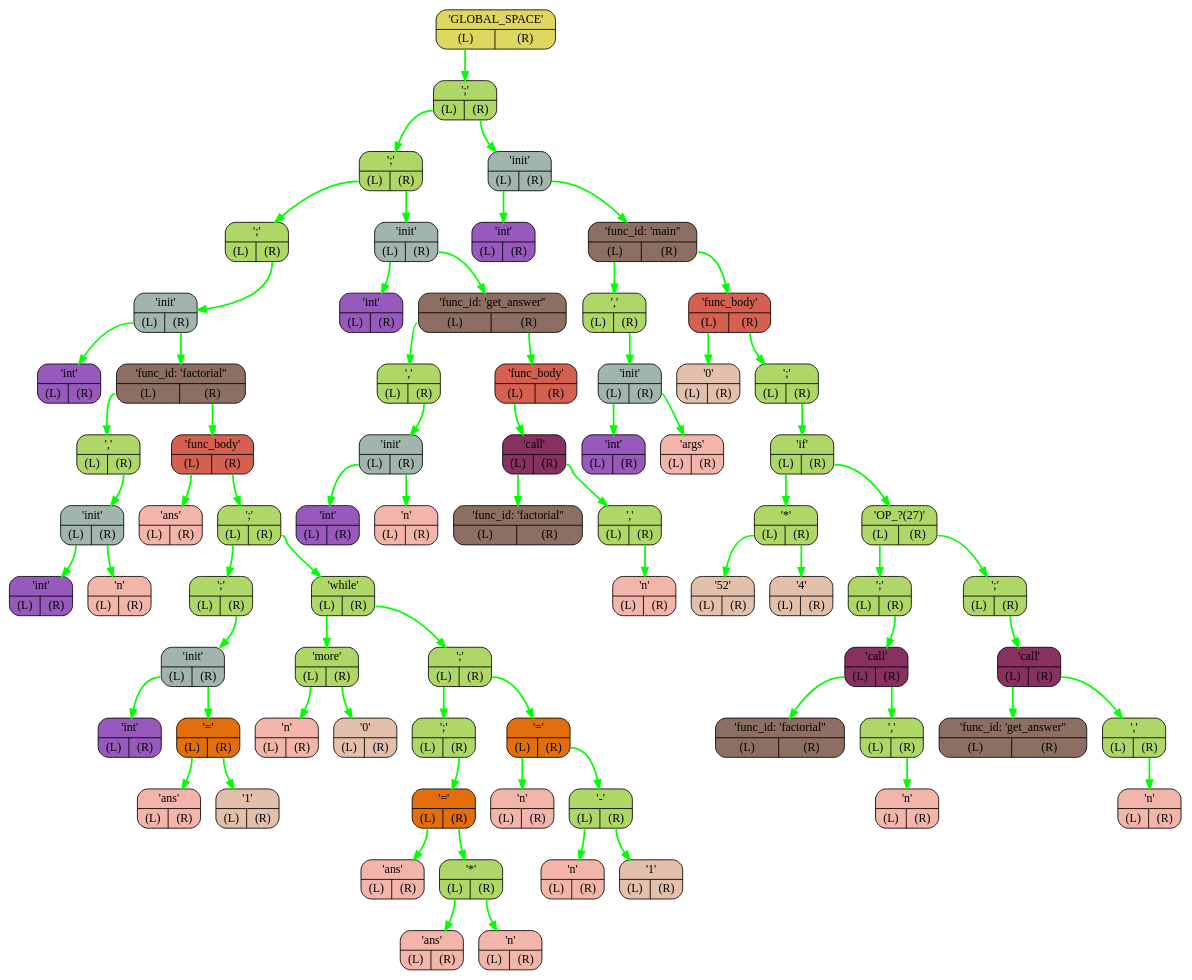
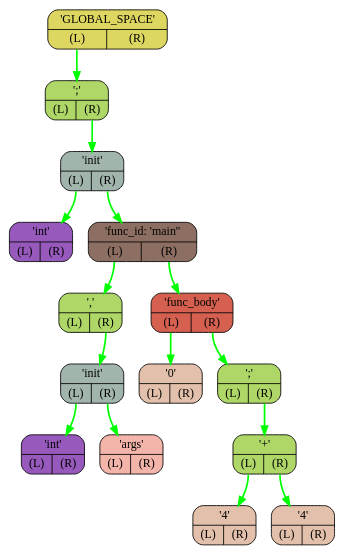
The diagram in BackEnd/logs/graph.dot (I1Va/OptimaLang), drawn with Graphviz before and after one commit. The commit also changed 35 other files, not shown here.

```diff
--- a/BackEnd/logs/graph.dot
+++ b/BackEnd/logs/graph.dot
@@ -1,148 +1,32 @@
 digraph G{
     rankdir=TB;
-    NODE0x7ffcf25b97b8[shape="Mrecord",color="black",fillcolor="#ddd660",style="filled",label="{'GLOBAL_SPACE' | {<L> (L) | <R> (R)}}"]
-    NODE0x7ffcf25b97e0[shape="Mrecord",color="black",fillcolor="#aed768",style="filled",label="{';' | {<L> (L) | <R> (R)}}"]
-    NODE0x7ffcf25b9808[shape="Mrecord",color="black",fillcolor="#aed768",style="filled",label="{';' | {<L> (L) | <R> (R)}}"]
-    NODE0x7ffcf25b9830[shape="Mrecord",color="black",fillcolor="#aed768",style="filled",label="{';' | {<L> (L) | <R> (R)}}"]
-    NODE0x7ffcf25b9858[shape="Mrecord",color="black",fillcolor="#a1b5ac",style="filled",label="{'init' | {<L> (L) | <R> (R)}}"]
-    NODE0x7ffcf25b9880[shape="Mrecord",color="black",fillcolor="#975abc",style="filled",label="{'int' | {<L> (L) | <R> (R)}}"]
-    NODE0x7ffcf25b98a8[shape="Mrecord",color="black",fillcolor="#8d6e63",style="filled",label="{'func_id: 'factorial'' | {<L> (L) | <R> (R)}}"]
-    NODE0x7ffcf25b98d0[shape="Mrecord",color="black",fillcolor="#aed768",style="filled",label="{',' | {<L> (L) | <R> (R)}}"]
-    NODE0x7ffcf25b98f8[shape="Mrecord",color="black",fillcolor="#a1b5ac",style="filled",label="{'init' | {<L> (L) | <R> (R)}}"]
-    NODE0x7ffcf25b9920[shape="Mrecord",color="black",fillcolor="#975abc",style="filled",label="{'int' | {<L> (L) | <R> (R)}}"]
-    NODE0x7ffcf25b9948[shape="Mrecord",color="black",fillcolor="#f3b4aa",style="filled",label="{'n' | {<L> (L) | <R> (R)}}"]
-    NODE0x7ffcf25b9970[shape="Mrecord",color="black",fillcolor="#d56050",style="filled",label="{'func_body' | {<L> (L) | <R> (R)}}"]
-    NODE0x7ffcf25b9998[shape="Mrecord",color="black",fillcolor="#f3b4aa",style="filled",label="{'ans' | {<L> (L) | <R> (R)}}"]
-    NODE0x7ffcf25b99c0[shape="Mrecord",color="black",fillcolor="#aed768",style="filled",label="{';' | {<L> (L) | <R> (R)}}"]
-    NODE0x7ffcf25b99e8[shape="Mrecord",color="black",fillcolor="#aed768",style="filled",label="{';' | {<L> (L) | <R> (R)}}"]
-    NODE0x7ffcf25b9a10[shape="Mrecord",color="black",fillcolor="#a1b5ac",style="filled",label="{'init' | {<L> (L) | <R> (R)}}"]
-    NODE0x7ffcf25b9a38[shape="Mrecord",color="black",fillcolor="#975abc",style="filled",label="{'int' | {<L> (L) | <R> (R)}}"]
-    NODE0x7ffcf25b9a60[shape="Mrecord",color="black",fillcolor="#e26e0e",style="filled",label="{'=' | {<L> (L) | <R> (R)}}"]
-    NODE0x7ffcf25b9a88[shape="Mrecord",color="black",fillcolor="#f3b4aa",style="filled",label="{'ans' | {<L> (L) | <R> (R)}}"]
-    NODE0x7ffcf25b9ab0[shape="Mrecord",color="black",fillcolor="#e3c0ab",style="filled",label="{'1' | {<L> (L) | <R> (R)}}"]
-    NODE0x7ffcf25b9ad8[shape="Mrecord",color="black",fillcolor="#aed768",style="filled",label="{'while' | {<L> (L) | <R> (R)}}"]
-    NODE0x7ffcf25b9b00[shape="Mrecord",color="black",fillcolor="#aed768",style="filled",label="{'more' | {<L> (L) | <R> (R)}}"]
-    NODE0x7ffcf25b9b28[shape="Mrecord",color="black",fillcolor="#f3b4aa",style="filled",label="{'n' | {<L> (L) | <R> (R)}}"]
-    NODE0x7ffcf25b9b50[shape="Mrecord",color="black",fillcolor="#e3c0ab",style="filled",label="{'0' | {<L> (L) | <R> (R)}}"]
-    NODE0x7ffcf25b9b78[shape="Mrecord",color="black",fillcolor="#aed768",style="filled",label="{';' | {<L> (L) | <R> (R)}}"]
-    NODE0x7ffcf25b9ba0[shape="Mrecord",color="black",fillcolor="#aed768",style="filled",label="{';' | {<L> (L) | <R> (R)}}"]
-    NODE0x7ffcf25b9bc8[shape="Mrecord",color="black",fillcolor="#e26e0e",style="filled",label="{'=' | {<L> (L) | <R> (R)}}"]
-    NODE0x7ffcf25b9bf0[shape="Mrecord",color="black",fillcolor="#f3b4aa",style="filled",label="{'ans' | {<L> (L) | <R> (R)}}"]
-    NODE0x7ffcf25b9c18[shape="Mrecord",color="black",fillcolor="#aed768",style="filled",label="{'*' | {<L> (L) | <R> (R)}}"]
-    NODE0x7ffcf25b9c40[shape="Mrecord",color="black",fillcolor="#f3b4aa",style="filled",label="{'ans' | {<L> (L) | <R> (R)}}"]
-    NODE0x7ffcf25b9c68[shape="Mrecord",color="black",fillcolor="#f3b4aa",style="filled",label="{'n' | {<L> (L) | <R> (R)}}"]
-    NODE0x7ffcf25b9c90[shape="Mrecord",color="black",fillcolor="#e26e0e",style="filled",label="{'=' | {<L> (L) | <R> (R)}}"]
-    NODE0x7ffcf25b9cb8[shape="Mrecord",color="black",fillcolor="#f3b4aa",style="filled",label="{'n' | {<L> (L) | <R> (R)}}"]
-    NODE0x7ffcf25b9ce0[shape="Mrecord",color="black",fillcolor="#aed768",style="filled",label="{'-' | {<L> (L) | <R> (R)}}"]
-    NODE0x7ffcf25b9d08[shape="Mrecord",color="black",fillcolor="#f3b4aa",style="filled",label="{'n' | {<L> (L) | <R> (R)}}"]
-    NODE0x7ffcf25b9d30[shape="Mrecord",color="black",fillcolor="#e3c0ab",style="filled",label="{'1' | {<L> (L) | <R> (R)}}"]
-    NODE0x7ffcf25b9d58[shape="Mrecord",color="black",fillcolor="#a1b5ac",style="filled",label="{'init' | {<L> (L) | <R> (R)}}"]
-    NODE0x7ffcf25b9d80[shape="Mrecord",color="black",fillcolor="#975abc",style="filled",label="{'int' | {<L> (L) | <R> (R)}}"]
-    NODE0x7ffcf25b9da8[shape="Mrecord",color="black",fillcolor="#8d6e63",style="filled",label="{'func_id: 'get_answer'' | {<L> (L) | <R> (R)}}"]
-    NODE0x7ffcf25b9dd0[shape="Mrecord",color="black",fillcolor="#aed768",style="filled",label="{',' | {<L> (L) | <R> (R)}}"]
-    NODE0x7ffcf25b9df8[shape="Mrecord",color="black",fillcolor="#a1b5ac",style="filled",label="{'init' | {<L> (L) | <R> (R)}}"]
-    NODE0x7ffcf25b9e20[shape="Mrecord",color="black",fillcolor="#975abc",style="filled",label="{'int' | {<L> (L) | <R> (R)}}"]
-    NODE0x7ffcf25b9e48[shape="Mrecord",color="black",fillcolor="#f3b4aa",style="filled",label="{'n' | {<L> (L) | <R> (R)}}"]
-    NODE0x7ffcf25b9e70[shape="Mrecord",color="black",fillcolor="#d56050",style="filled",label="{'func_body' | {<L> (L) | <R> (R)}}"]
-    NODE0x7ffcf25b9e98[shape="Mrecord",color="black",fillcolor="#883060",style="filled",label="{'call' | {<L> (L) | <R> (R)}}"]
-    NODE0x7ffcf25b9ec0[shape="Mrecord",color="black",fillcolor="#8d6e63",style="filled",label="{'func_id: 'factorial'' | {<L> (L) | <R> (R)}}"]
-    NODE0x7ffcf25b9ee8[shape="Mrecord",color="black",fillcolor="#aed768",style="filled",label="{',' | {<L> (L) | <R> (R)}}"]
-    NODE0x7ffcf25b9f10[shape="Mrecord",color="black",fillcolor="#f3b4aa",style="filled",label="{'n' | {<L> (L) | <R> (R)}}"]
-    NODE0x7ffcf25b9f38[shape="Mrecord",color="black",fillcolor="#a1b5ac",style="filled",label="{'init' | {<L> (L) | <R> (R)}}"]
-    NODE0x7ffcf25b9f60[shape="Mrecord",color="black",fillcolor="#975abc",style="filled",label="{'int' | {<L> (L) | <R> (R)}}"]
-    NODE0x7ffcf25b9f88[shape="Mrecord",color="black",fillcolor="#8d6e63",style="filled",label="{'func_id: 'main'' | {<L> (L) | <R> (R)}}"]
-    NODE0x7ffcf25b9fb0[shape="Mrecord",color="black",fillcolor="#aed768",style="filled",label="{',' | {<L> (L) | <R> (R)}}"]
-    NODE0x7ffcf25b9fd8[shape="Mrecord",color="black",fillcolor="#a1b5ac",style="filled",label="{'init' | {<L> (L) | <R> (R)}}"]
-    NODE0x7ffcf25ba000[shape="Mrecord",color="black",fillcolor="#975abc",style="filled",label="{'int' | {<L> (L) | <R> (R)}}"]
-    NODE0x7ffcf25ba028[shape="Mrecord",color="black",fillcolor="#f3b4aa",style="filled",label="{'args' | {<L> (L) | <R> (R)}}"]
-    NODE0x7ffcf25ba050[shape="Mrecord",color="black",fillcolor="#d56050",style="filled",label="{'func_body' | {<L> (L) | <R> (R)}}"]
-    NODE0x7ffcf25ba078[shape="Mrecord",color="black",fillcolor="#e3c0ab",style="filled",label="{'0' | {<L> (L) | <R> (R)}}"]
-    NODE0x7ffcf25ba0a0[shape="Mrecord",color="black",fillcolor="#aed768",style="filled",label="{';' | {<L> (L) | <R> (R)}}"]
-    NODE0x7ffcf25ba0c8[shape="Mrecord",color="black",fillcolor="#aed768",style="filled",label="{'if' | {<L> (L) | <R> (R)}}"]
-    NODE0x7ffcf25ba0f0[shape="Mrecord",color="black",fillcolor="#aed768",style="filled",label="{'*' | {<L> (L) | <R> (R)}}"]
-    NODE0x7ffcf25ba118[shape="Mrecord",color="black",fillcolor="#e3c0ab",style="filled",label="{'52' | {<L> (L) | <R> (R)}}"]
-    NODE0x7ffcf25ba140[shape="Mrecord",color="black",fillcolor="#e3c0ab",style="filled",label="{'4' | {<L> (L) | <R> (R)}}"]
-    NODE0x7ffcf25ba168[shape="Mrecord",color="black",fillcolor="#aed768",style="filled",label="{'OP_?(27)' | {<L> (L) | <R> (R)}}"]
-    NODE0x7ffcf25ba190[shape="Mrecord",color="black",fillcolor="#aed768",style="filled",label="{';' | {<L> (L) | <R> (R)}}"]
-    NODE0x7ffcf25ba1b8[shape="Mrecord",color="black",fillcolor="#883060",style="filled",label="{'call' | {<L> (L) | <R> (R)}}"]
-    NODE0x7ffcf25ba1e0[shape="Mrecord",color="black",fillcolor="#8d6e63",style="filled",label="{'func_id: 'factorial'' | {<L> (L) | <R> (R)}}"]
-    NODE0x7ffcf25ba208[shape="Mrecord",color="black",fillcolor="#aed768",style="filled",label="{',' | {<L> (L) | <R> (R)}}"]
-    NODE0x7ffcf25ba230[shape="Mrecord",color="black",fillcolor="#f3b4aa",style="filled",label="{'n' | {<L> (L) | <R> (R)}}"]
-    NODE0x7ffcf25ba258[shape="Mrecord",color="black",fillcolor="#aed768",style="filled",label="{';' | {<L> (L) | <R> (R)}}"]
-    NODE0x7ffcf25ba280[shape="Mrecord",color="black",fillcolor="#883060",style="filled",label="{'call' | {<L> (L) | <R> (R)}}"]
-    NODE0x7ffcf25ba2a8[shape="Mrecord",color="black",fillcolor="#8d6e63",style="filled",label="{'func_id: 'get_answer'' | {<L> (L) | <R> (R)}}"]
-    NODE0x7ffcf25ba2d0[shape="Mrecord",color="black",fillcolor="#aed768",style="filled",label="{',' | {<L> (L) | <R> (R)}}"]
-    NODE0x7ffcf25ba2f8[shape="Mrecord",color="black",fillcolor="#f3b4aa",style="filled",label="{'n' | {<L> (L) | <R> (R)}}"]
-    NODE0x7ffcf25b98f8:L-> NODE0x7ffcf25b9920 [color="#00FF00",penwidth=2,label=""]
-    NODE0x7ffcf25b98f8:R-> NODE0x7ffcf25b9948 [color="#00FF00",penwidth=2,label=""]
-    NODE0x7ffcf25b98d0:R-> NODE0x7ffcf25b98f8 [color="#00FF00",penwidth=2,label=""]
-    NODE0x7ffcf25b9a60:L-> NODE0x7ffcf25b9a88 [color="#00FF00",penwidth=2,label=""]
-    NODE0x7ffcf25b9a60:R-> NODE0x7ffcf25b9ab0 [color="#00FF00",penwidth=2,label=""]
-    NODE0x7ffcf25b9a10:L-> NODE0x7ffcf25b9a38 [color="#00FF00",penwidth=2,label=""]
-    NODE0x7ffcf25b9a10:R-> NODE0x7ffcf25b9a60 [color="#00FF00",penwidth=2,label=""]
-    NODE0x7ffcf25b99e8:R-> NODE0x7ffcf25b9a10 [color="#00FF00",penwidth=2,label=""]
-    NODE0x7ffcf25b9b00:L-> NODE0x7ffcf25b9b28 [color="#00FF00",penwidth=2,label=""]
-    NODE0x7ffcf25b9b00:R-> NODE0x7ffcf25b9b50 [color="#00FF00",penwidth=2,label=""]
-    NODE0x7ffcf25b9c18:L-> NODE0x7ffcf25b9c40 [color="#00FF00",penwidth=2,label=""]
-    NODE0x7ffcf25b9c18:R-> NODE0x7ffcf25b9c68 [color="#00FF00",penwidth=2,label=""]
-    NODE0x7ffcf25b9bc8:L-> NODE0x7ffcf25b9bf0 [color="#00FF00",penwidth=2,label=""]
-    NODE0x7ffcf25b9bc8:R-> NODE0x7ffcf25b9c18 [color="#00FF00",penwidth=2,label=""]
-    NODE0x7ffcf25b9ba0:R-> NODE0x7ffcf25b9bc8 [color="#00FF00",penwidth=2,label=""]
-    NODE0x7ffcf25b9ce0:L-> NODE0x7ffcf25b9d08 [color="#00FF00",penwidth=2,label=""]
-    NODE0x7ffcf25b9ce0:R-> NODE0x7ffcf25b9d30 [color="#00FF00",penwidth=2,label=""]
-    NODE0x7ffcf25b9c90:L-> NODE0x7ffcf25b9cb8 [color="#00FF00",penwidth=2,label=""]
-    NODE0x7ffcf25b9c90:R-> NODE0x7ffcf25b9ce0 [color="#00FF00",penwidth=2,label=""]
-    NODE0x7ffcf25b9b78:L-> NODE0x7ffcf25b9ba0 [color="#00FF00",penwidth=2,label=""]
-    NODE0x7ffcf25b9b78:R-> NODE0x7ffcf25b9c90 [color="#00FF00",penwidth=2,label=""]
-    NODE0x7ffcf25b9ad8:L-> NODE0x7ffcf25b9b00 [color="#00FF00",penwidth=2,label=""]
-    NODE0x7ffcf25b9ad8:R-> NODE0x7ffcf25b9b78 [color="#00FF00",penwidth=2,label=""]
-    NODE0x7ffcf25b99c0:L-> NODE0x7ffcf25b99e8 [color="#00FF00",penwidth=2,label=""]
-    NODE0x7ffcf25b99c0:R-> NODE0x7ffcf25b9ad8 [color="#00FF00",penwidth=2,label=""]
-    NODE0x7ffcf25b9970:L-> NODE0x7ffcf25b9998 [color="#00FF00",penwidth=2,label=""]
-    NODE0x7ffcf25b9970:R-> NODE0x7ffcf25b99c0 [color="#00FF00",penwidth=2,label=""]
-    NODE0x7ffcf25b98a8:L-> NODE0x7ffcf25b98d0 [color="#00FF00",penwidth=2,label=""]
-    NODE0x7ffcf25b98a8:R-> NODE0x7ffcf25b9970 [color="#00FF00",penwidth=2,label=""]
-    NODE0x7ffcf25b9858:L-> NODE0x7ffcf25b9880 [color="#00FF00",penwidth=2,label=""]
-    NODE0x7ffcf25b9858:R-> NODE0x7ffcf25b98a8 [color="#00FF00",penwidth=2,label=""]
-    NODE0x7ffcf25b9830:R-> NODE0x7ffcf25b9858 [color="#00FF00",penwidth=2,label=""]
-    NODE0x7ffcf25b9df8:L-> NODE0x7ffcf25b9e20 [color="#00FF00",penwidth=2,label=""]
-    NODE0x7ffcf25b9df8:R-> NODE0x7ffcf25b9e48 [color="#00FF00",penwidth=2,label=""]
-    NODE0x7ffcf25b9dd0:R-> NODE0x7ffcf25b9df8 [color="#00FF00",penwidth=2,label=""]
-    NODE0x7ffcf25b9ee8:R-> NODE0x7ffcf25b9f10 [color="#00FF00",penwidth=2,label=""]
-    NODE0x7ffcf25b9e98:L-> NODE0x7ffcf25b9ec0 [color="#00FF00",penwidth=2,label=""]
-    NODE0x7ffcf25b9e98:R-> NODE0x7ffcf25b9ee8 [color="#00FF00",penwidth=2,label=""]
-    NODE0x7ffcf25b9e70:L-> NODE0x7ffcf25b9e98 [color="#00FF00",penwidth=2,label=""]
-    NODE0x7ffcf25b9da8:L-> NODE0x7ffcf25b9dd0 [color="#00FF00",penwidth=2,label=""]
-    NODE0x7ffcf25b9da8:R-> NODE0x7ffcf25b9e70 [color="#00FF00",penwidth=2,label=""]
-    NODE0x7ffcf25b9d58:L-> NODE0x7ffcf25b9d80 [color="#00FF00",penwidth=2,label=""]
-    NODE0x7ffcf25b9d58:R-> NODE0x7ffcf25b9da8 [color="#00FF00",penwidth=2,label=""]
-    NODE0x7ffcf25b9808:L-> NODE0x7ffcf25b9830 [color="#00FF00",penwidth=2,label=""]
-    NODE0x7ffcf25b9808:R-> NODE0x7ffcf25b9d58 [color="#00FF00",penwidth=2,label=""]
-    NODE0x7ffcf25b9fd8:L-> NODE0x7ffcf25ba000 [color="#00FF00",penwidth=2,label=""]
-    NODE0x7ffcf25b9fd8:R-> NODE0x7ffcf25ba028 [color="#00FF00",penwidth=2,label=""]
-    NODE0x7ffcf25b9fb0:R-> NODE0x7ffcf25b9fd8 [color="#00FF00",penwidth=2,label=""]
-    NODE0x7ffcf25ba0f0:L-> NODE0x7ffcf25ba118 [color="#00FF00",penwidth=2,label=""]
-    NODE0x7ffcf25ba0f0:R-> NODE0x7ffcf25ba140 [color="#00FF00",penwidth=2,label=""]
-    NODE0x7ffcf25ba208:R-> NODE0x7ffcf25ba230 [color="#00FF00",penwidth=2,label=""]
-    NODE0x7ffcf25ba1b8:L-> NODE0x7ffcf25ba1e0 [color="#00FF00",penwidth=2,label=""]
-    NODE0x7ffcf25ba1b8:R-> NODE0x7ffcf25ba208 [color="#00FF00",penwidth=2,label=""]
-    NODE0x7ffcf25ba190:R-> NODE0x7ffcf25ba1b8 [color="#00FF00",penwidth=2,label=""]
-    NODE0x7ffcf25ba2d0:R-> NODE0x7ffcf25ba2f8 [color="#00FF00",penwidth=2,label=""]
-    NODE0x7ffcf25ba280:L-> NODE0x7ffcf25ba2a8 [color="#00FF00",penwidth=2,label=""]
-    NODE0x7ffcf25ba280:R-> NODE0x7ffcf25ba2d0 [color="#00FF00",penwidth=2,label=""]
-    NODE0x7ffcf25ba258:R-> NODE0x7ffcf25ba280 [color="#00FF00",penwidth=2,label=""]
-    NODE0x7ffcf25ba168:L-> NODE0x7ffcf25ba190 [color="#00FF00",penwidth=2,label=""]
-    NODE0x7ffcf25ba168:R-> NODE0x7ffcf25ba258 [color="#00FF00",penwidth=2,label=""]
-    NODE0x7ffcf25ba0c8:L-> NODE0x7ffcf25ba0f0 [color="#00FF00",penwidth=2,label=""]
-    NODE0x7ffcf25ba0c8:R-> NODE0x7ffcf25ba168 [color="#00FF00",penwidth=2,label=""]
-    NODE0x7ffcf25ba0a0:R-> NODE0x7ffcf25ba0c8 [color="#00FF00",penwidth=2,label=""]
-    NODE0x7ffcf25ba050:L-> NODE0x7ffcf25ba078 [color="#00FF00",penwidth=2,label=""]
-    NODE0x7ffcf25ba050:R-> NODE0x7ffcf25ba0a0 [color="#00FF00",penwidth=2,label=""]
-    NODE0x7ffcf25b9f88:L-> NODE0x7ffcf25b9fb0 [color="#00FF00",penwidth=2,label=""]
-    NODE0x7ffcf25b9f88:R-> NODE0x7ffcf25ba050 [color="#00FF00",penwidth=2,label=""]
-    NODE0x7ffcf25b9f38:L-> NODE0x7ffcf25b9f60 [color="#00FF00",penwidth=2,label=""]
-    NODE0x7ffcf25b9f38:R-> NODE0x7ffcf25b9f88 [color="#00FF00",penwidth=2,label=""]
-    NODE0x7ffcf25b97e0:L-> NODE0x7ffcf25b9808 [color="#00FF00",penwidth=2,label=""]
-    NODE0x7ffcf25b97e0:R-> NODE0x7ffcf25b9f38 [color="#00FF00",penwidth=2,label=""]
-    NODE0x7ffcf25b97b8:L-> NODE0x7ffcf25b97e0 [color="#00FF00",penwidth=2,label=""]
+    NODE0x7ffcf76eda98[shape="Mrecord",color="black",fillcolor="#ddd660",style="filled",label="{'GLOBAL_SPACE' | {<L> (L) | <R> (R)}}"]
+    NODE0x7ffcf76edac0[shape="Mrecord",color="black",fillcolor="#aed768",style="filled",label="{';' | {<L> (L) | <R> (R)}}"]
+    NODE0x7ffcf76edae8[shape="Mrecord",color="black",fillcolor="#a1b5ac",style="filled",label="{'init' | {<L> (L) | <R> (R)}}"]
+    NODE0x7ffcf76edb10[shape="Mrecord",color="black",fillcolor="#975abc",style="filled",label="{'int' | {<L> (L) | <R> (R)}}"]
+    NODE0x7ffcf76edb38[shape="Mrecord",color="black",fillcolor="#8d6e63",style="filled",label="{'func_id: 'main'' | {<L> (L) | <R> (R)}}"]
+    NODE0x7ffcf76edb60[shape="Mrecord",color="black",fillcolor="#aed768",style="filled",label="{',' | {<L> (L) | <R> (R)}}"]
+    NODE0x7ffcf76edb88[shape="Mrecord",color="black",fillcolor="#a1b5ac",style="filled",label="{'init' | {<L> (L) | <R> (R)}}"]
+    NODE0x7ffcf76edbb0[shape="Mrecord",color="black",fillcolor="#975abc",style="filled",label="{'int' | {<L> (L) | <R> (R)}}"]
+    NODE0x7ffcf76edbd8[shape="Mrecord",color="black",fillcolor="#f3b4aa",style="filled",label="{'args' | {<L> (L) | <R> (R)}}"]
+    NODE0x7ffcf76edc00[shape="Mrecord",color="black",fillcolor="#d56050",style="filled",label="{'func_body' | {<L> (L) | <R> (R)}}"]
+    NODE0x7ffcf76edc28[shape="Mrecord",color="black",fillcolor="#e3c0ab",style="filled",label="{'0' | {<L> (L) | <R> (R)}}"]
+    NODE0x7ffcf76edc50[shape="Mrecord",color="black",fillcolor="#aed768",style="filled",label="{';' | {<L> (L) | <R> (R)}}"]
+    NODE0x7ffcf76edc78[shape="Mrecord",color="black",fillcolor="#aed768",style="filled",label="{'+' | {<L> (L) | <R> (R)}}"]
+    NODE0x7ffcf76edca0[shape="Mrecord",color="black",fillcolor="#e3c0ab",style="filled",label="{'4' | {<L> (L) | <R> (R)}}"]
+    NODE0x7ffcf76edcc8[shape="Mrecord",color="black",fillcolor="#e3c0ab",style="filled",label="{'4' | {<L> (L) | <R> (R)}}"]
+    NODE0x7ffcf76edb88:L-> NODE0x7ffcf76edbb0 [color="#00FF00",penwidth=2,label=""]
+    NODE0x7ffcf76edb88:R-> NODE0x7ffcf76edbd8 [color="#00FF00",penwidth=2,label=""]
+    NODE0x7ffcf76edb60:R-> NODE0x7ffcf76edb88 [color="#00FF00",penwidth=2,label=""]
+    NODE0x7ffcf76edc78:L-> NODE0x7ffcf76edca0 [color="#00FF00",penwidth=2,label=""]
+    NODE0x7ffcf76edc78:R-> NODE0x7ffcf76edcc8 [color="#00FF00",penwidth=2,label=""]
+    NODE0x7ffcf76edc50:R-> NODE0x7ffcf76edc78 [color="#00FF00",penwidth=2,label=""]
+    NODE0x7ffcf76edc00:L-> NODE0x7ffcf76edc28 [color="#00FF00",penwidth=2,label=""]
+    NODE0x7ffcf76edc00:R-> NODE0x7ffcf76edc50 [color="#00FF00",penwidth=2,label=""]
+    NODE0x7ffcf76edb38:L-> NODE0x7ffcf76edb60 [color="#00FF00",penwidth=2,label=""]
+    NODE0x7ffcf76edb38:R-> NODE0x7ffcf76edc00 [color="#00FF00",penwidth=2,label=""]
+    NODE0x7ffcf76edae8:L-> NODE0x7ffcf76edb10 [color="#00FF00",penwidth=2,label=""]
+    NODE0x7ffcf76edae8:R-> NODE0x7ffcf76edb38 [color="#00FF00",penwidth=2,label=""]
+    NODE0x7ffcf76edac0:R-> NODE0x7ffcf76edae8 [color="#00FF00",penwidth=2,label=""]
+    NODE0x7ffcf76eda98:L-> NODE0x7ffcf76edac0 [color="#00FF00",penwidth=2,label=""]
 }
```
